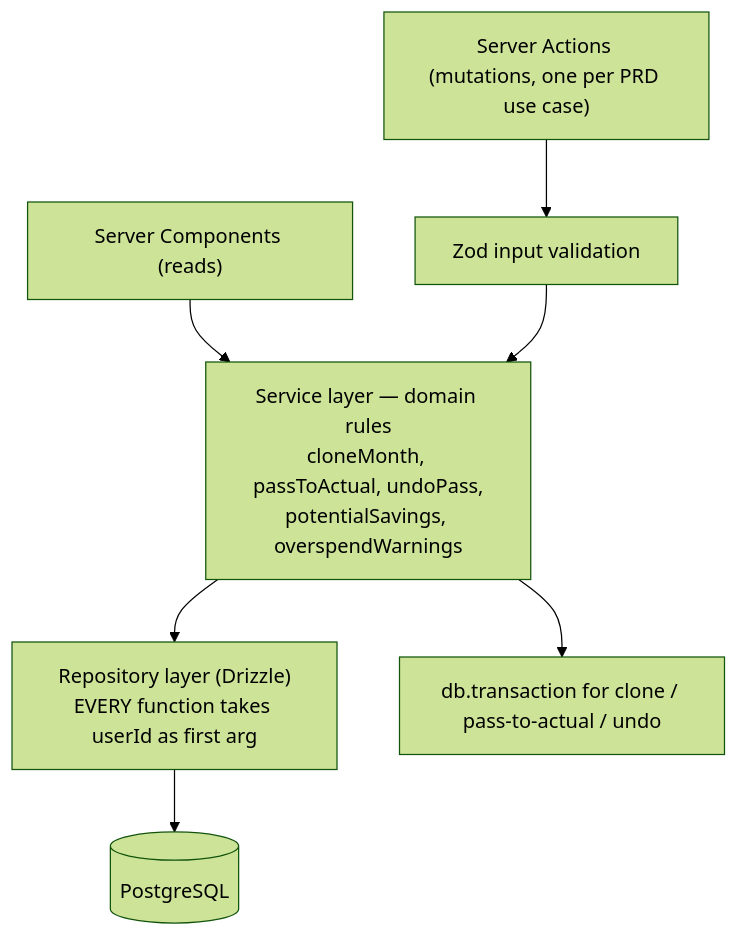
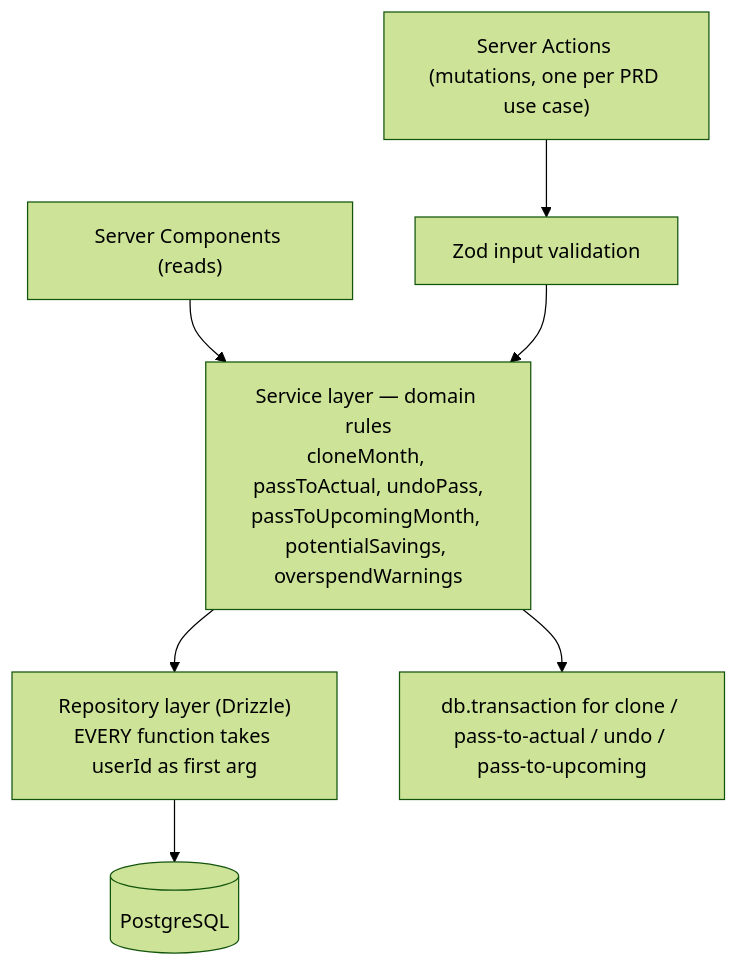
One commit to jsoladur/monthly-expenses changed the fourth of 4 diagrams in docs/architecture/ARCHITECTURE.md. Above: the diagram before and after it, drawn with Mermaid (forest theme). The commit also changed other lines of this file and 21 other files, not shown here.

First line of the commit message:
feat: pass estimated lines to an upcoming month, bump to v0.7.0

````diff
--- a/docs/architecture/ARCHITECTURE.md
+++ b/docs/architecture/ARCHITECTURE.md
@@ -193,9 +193,9 @@
 ```mermaid
 flowchart TD
     RSC["Server Components (reads)"] --> SVC
     ACT["Server Actions (mutations, one per PRD use case)"] --> ZOD["Zod input validation"]
-    ZOD --> SVC["Service layer — domain rules<br/>cloneMonth, passToActual, undoPass,<br/>potentialSavings, overspendWarnings"]
+    ZOD --> SVC["Service layer — domain rules<br/>cloneMonth, passToActual, undoPass,<br/>passToUpcomingMonth, potentialSavings, overspendWarnings"]
     SVC --> REPO["Repository layer (Drizzle)<br/>EVERY function takes userId as first arg"]
     REPO --> DB[("PostgreSQL")]
-    SVC --> TX["db.transaction for clone / pass-to-actual / undo"]
+    SVC --> TX["db.transaction for clone / pass-to-actual / undo / pass-to-upcoming"]
 ```
````
